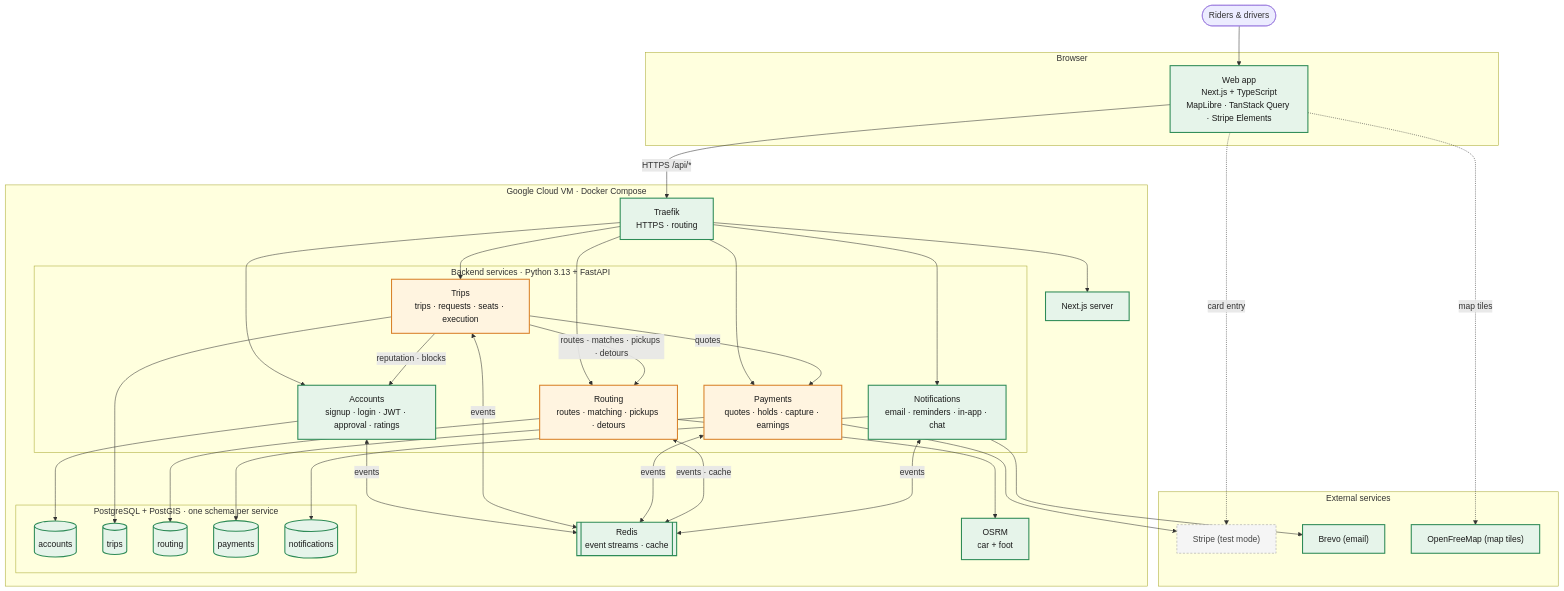
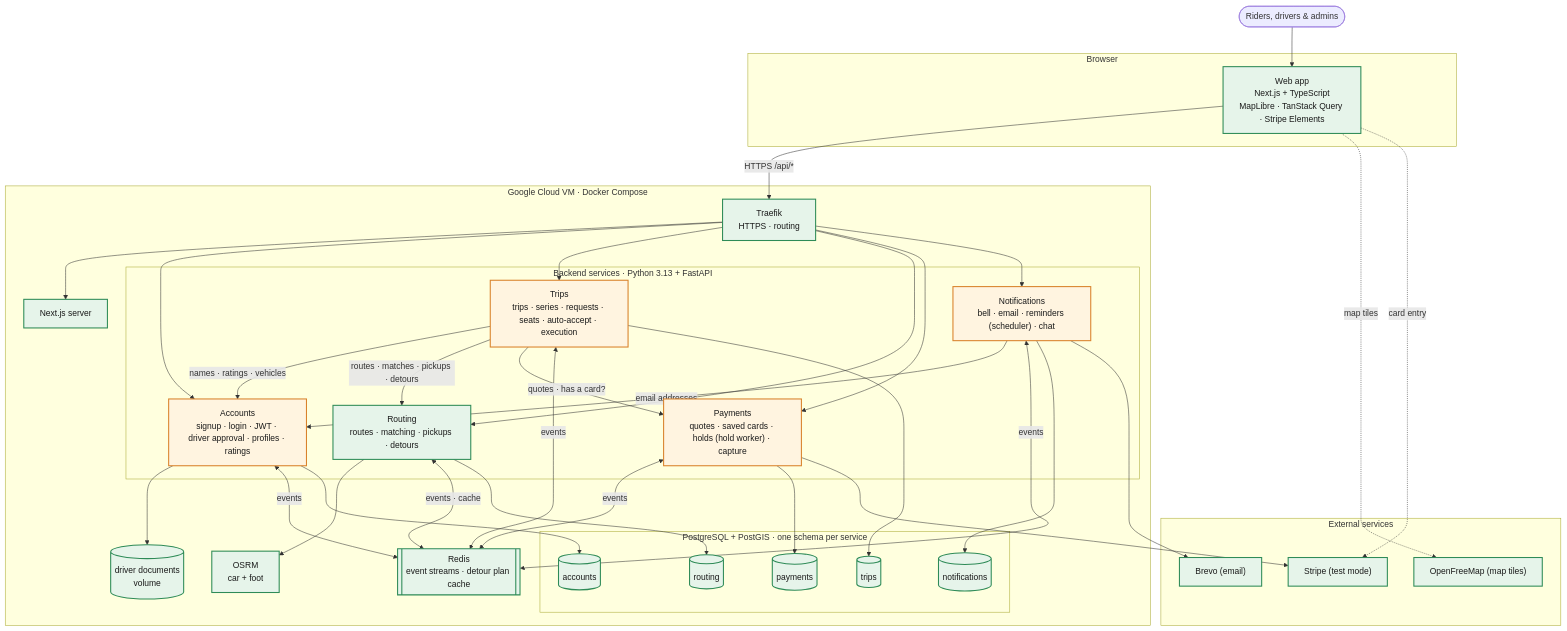
One commit to Andrew-Ih/COMP-4350-Group5-GetDrove changed the first of 5 diagrams in docs/architecture/architecture.md. Above: the diagram before and after it, drawn with Mermaid. The commit also changed other lines of this file and 6 other files, not shown here.

Commit message:
docs(architecture): Sprint 2 architecture, sequence, ADRs 0024-0026 and deployment notes (#184)

````diff
--- a/docs/architecture/architecture.md
+++ b/docs/architecture/architecture.md
@@ -9,73 +9,75 @@
 ```mermaid
 flowchart TB
-    users(["Riders & drivers"]) --> web
+    users(["Riders, drivers & admins"]) --> web
 
     subgraph client["Browser"]
         web["Web app<br/>Next.js + TypeScript<br/>MapLibre · TanStack Query · Stripe Elements"]
     end
 
     subgraph vm["Google Cloud VM · Docker Compose"]
         traefik["Traefik<br/>HTTPS · routing"]
         next["Next.js server"]
 
         subgraph services["Backend services · Python 3.13 + FastAPI"]
-            accounts["Accounts<br/>signup · login · JWT · approval · ratings"]
-            trips["Trips<br/>trips · requests · seats · execution"]
+            accounts["Accounts<br/>signup · login · JWT · driver approval · profiles · ratings"]
+            trips["Trips<br/>trips · series · requests · seats · auto-accept · execution"]
             routing["Routing<br/>routes · matching · pickups · detours"]
-            payments["Payments<br/>quotes · holds · capture · earnings"]
-            notify["Notifications<br/>email · reminders · in-app · chat"]
+            payments["Payments<br/>quotes · saved cards · holds (hold worker) · capture"]
+            notify["Notifications<br/>bell · email · reminders (scheduler) · chat"]
         end
 
         subgraph data["PostgreSQL + PostGIS · one schema per service"]
             accountsDb[("accounts")]
             tripsDb[("trips")]
             routingDb[("routing")]
             payDb[("payments")]
             notifyDb[("notifications")]
         end
 
-        redis[["Redis<br/>event streams · cache"]]
+        redis[["Redis<br/>event streams · detour plan cache"]]
         osrm["OSRM<br/>car + foot"]
+        docs[("driver documents<br/>volume")]
     end
 
     subgraph external["External services"]
         stripe["Stripe (test mode)"]
         brevo["Brevo (email)"]
         tiles["OpenFreeMap (map tiles)"]
     end
 
     web -->|"HTTPS /api/*"| traefik
     web -.->|map tiles| tiles
     web -.->|card entry| stripe
     traefik --> next
     traefik --> accounts & trips & routing & payments & notify
 
-    trips -->|reputation · blocks| accounts
+    trips -->|names · ratings · vehicles| accounts
     trips -->|routes · matches · pickups · detours| routing
-    trips -->|quotes| payments
+    trips -->|quotes · has a card?| payments
+    notify -->|email addresses| accounts
     routing --> osrm
+    accounts --> docs
 
     accounts <-->|events| redis
     trips <-->|events| redis
     payments <-->|events| redis
     routing <-->|events · cache| redis
     notify <-->|events| redis
 
     accounts --> accountsDb
     trips --> tripsDb
     routing --> routingDb
     payments --> payDb
     notify --> notifyDb
 
     payments --> stripe
     notify --> brevo
 
     %% Each style sets its own text colour: without it, GitHub's dark theme draws light
     %% text on these light fills, and the labels are barely visible.
     classDef built fill:#e6f4ea,stroke:#2e8b57,stroke-width:2px,color:#1a1a1a
     classDef partial fill:#fff4e0,stroke:#d9822b,stroke-width:2px,color:#1a1a1a
     classDef later fill:#f5f5f5,stroke:#9e9e9e,stroke-dasharray:4 3,color:#444
-    class web,traefik,next,accounts,notify,accountsDb,tripsDb,routingDb,payDb,notifyDb,redis,osrm,brevo,tiles built
-    class trips,routing,payments partial
-    class stripe later
+    class web,traefik,next,routing,accountsDb,tripsDb,routingDb,payDb,notifyDb,redis,osrm,docs,brevo,tiles,stripe built
+    class accounts,trips,payments,notify partial
 ```
````
